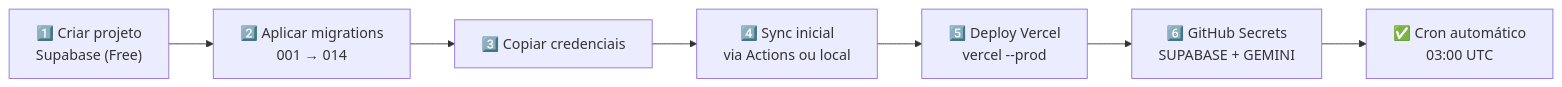
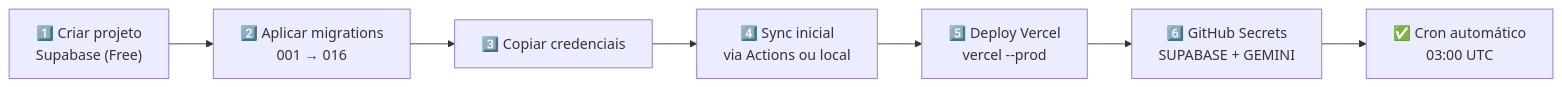
Before and after one commit to Codar-Sistemas/hospitais-referencia-api: the fourth of 4 diagrams in README.md, drawn with Mermaid. The commit also changed other lines of this file, not shown here.

````diff
--- a/README.md
+++ b/README.md
@@ -528,9 +552,9 @@
 ```mermaid
 graph LR
-    A["1️⃣ Criar projeto<br/>Supabase (Free)"] --> B["2️⃣ Aplicar migrations<br/>001 → 014"]
+    A["1️⃣ Criar projeto<br/>Supabase (Free)"] --> B["2️⃣ Aplicar migrations<br/>001 → 016"]
     B --> C["3️⃣ Copiar credenciais"]
     C --> D["4️⃣ Sync inicial<br/>via Actions ou local"]
     D --> E["5️⃣ Deploy Vercel<br/>vercel --prod"]
     E --> F["6️⃣ GitHub Secrets<br/>SUPABASE + GEMINI"]
     F --> G["✅ Cron automático<br/>03:00 UTC"]
 ```
````
